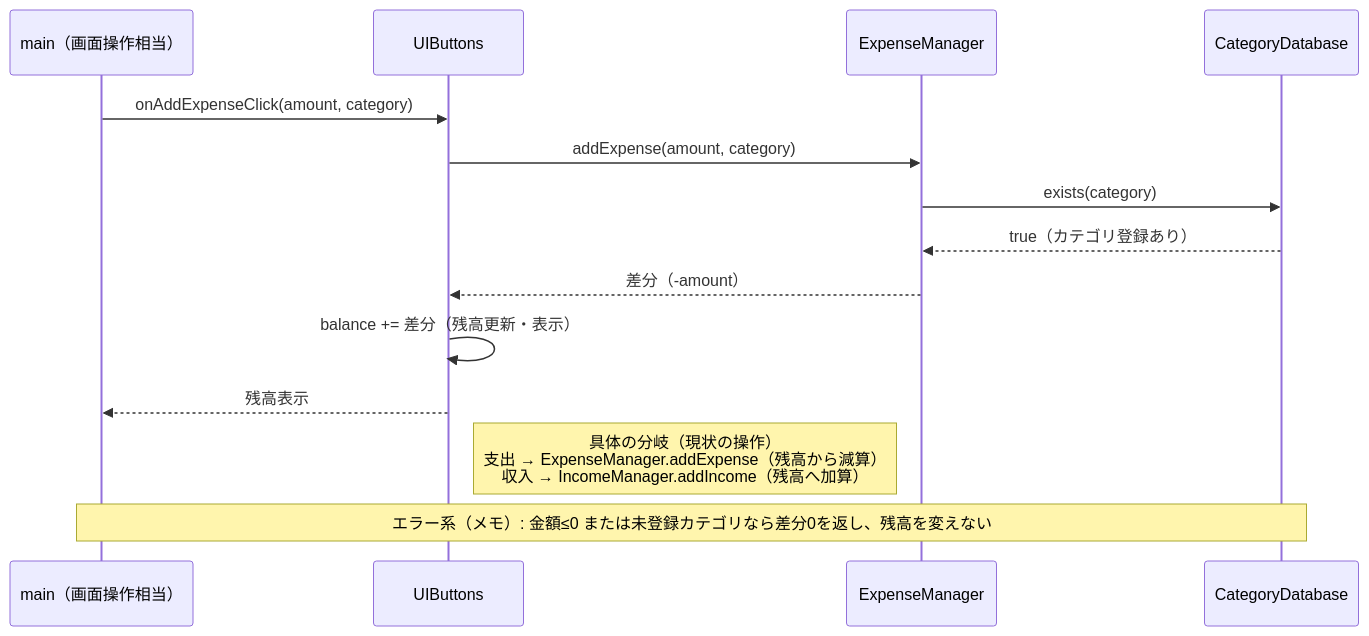
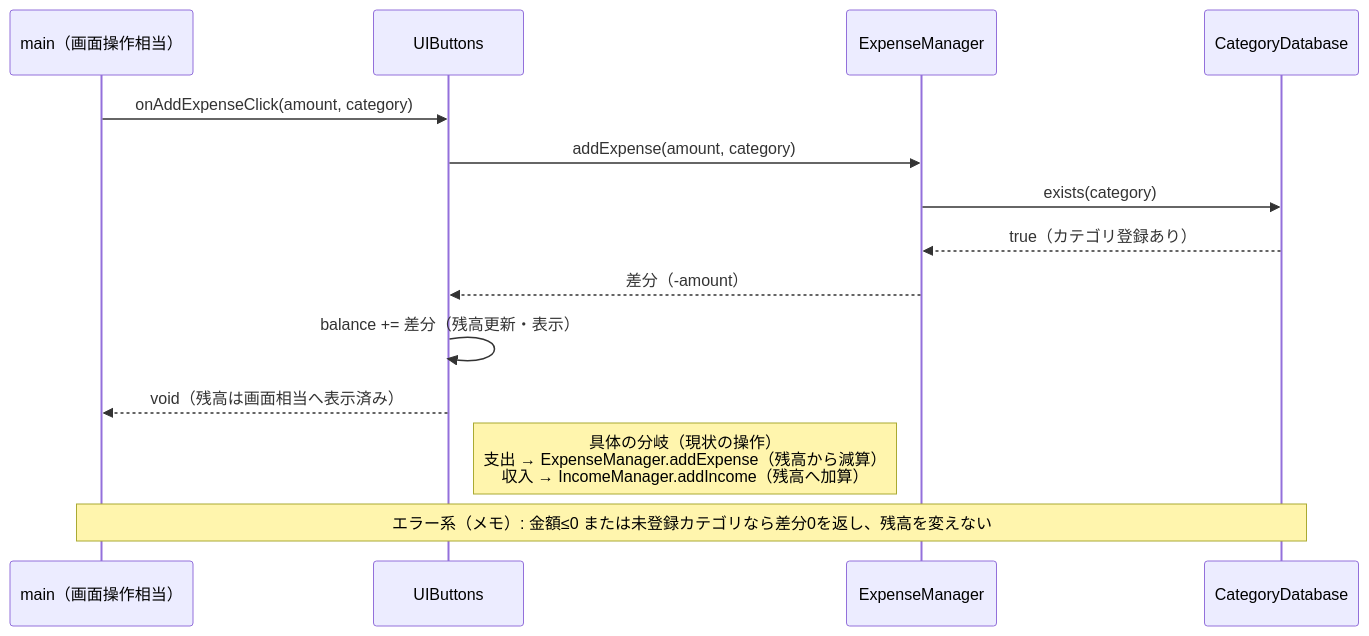
One commit to kumachan1101-pixel/DesignPattern changed the fifth of 19 diagrams in kindle/design-patterns/output/chapter05.md. Above: the diagram before and after it, drawn with Mermaid. The commit also changed other lines of this file and 28 other files, not shown here.

Commit message:
docs: simplify phase 6 design flow

````diff
--- a/kindle/design-patterns/output/chapter05.md
+++ b/kindle/design-patterns/output/chapter05.md
@@ -283,16 +281,16 @@
 ```mermaid
 sequenceDiagram
     participant Main as main（画面操作相当）
     participant UI as UIButtons
     participant EM as ExpenseManager
     participant DB as CategoryDatabase
     Main->>UI: onAddExpenseClick(amount, category)
     UI->>EM: addExpense(amount, category)
     EM->>DB: exists(category)
     DB-->>EM: true（カテゴリ登録あり）
     EM-->>UI: 差分（-amount）
     UI->>UI: balance += 差分（残高更新・表示）
-    UI-->>Main: 残高表示
+    UI-->>Main: void（残高は画面相当へ表示済み）
     Note right of UI: 具体の分岐（現状の操作）<br>支出 → ExpenseManager.addExpense（残高から減算）<br>収入 → IncomeManager.addIncome（残高へ加算）
     Note over Main,DB: エラー系（メモ）: 金額≤0 または未登録カテゴリなら差分0を返し、残高を変えない
 ```
````
